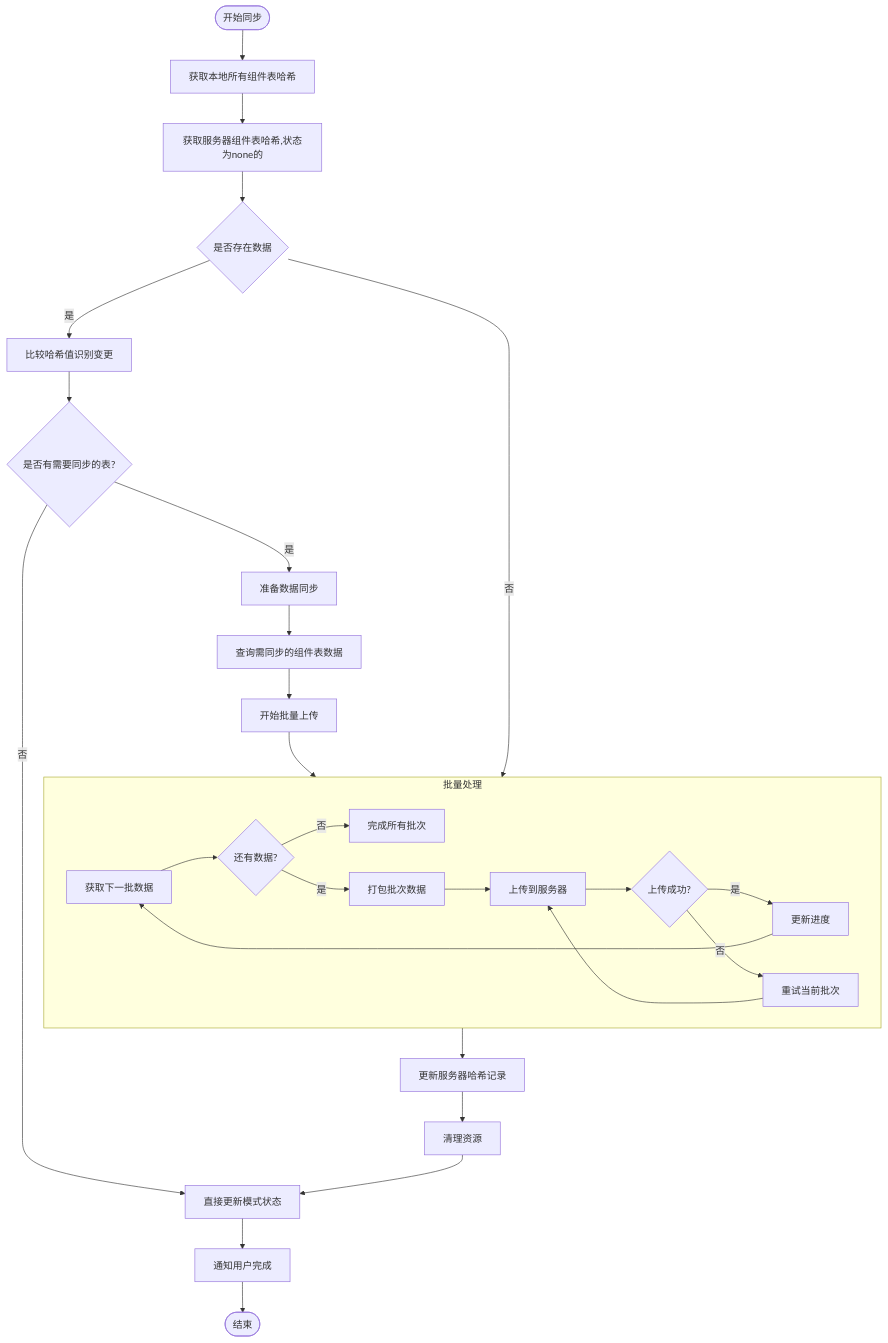
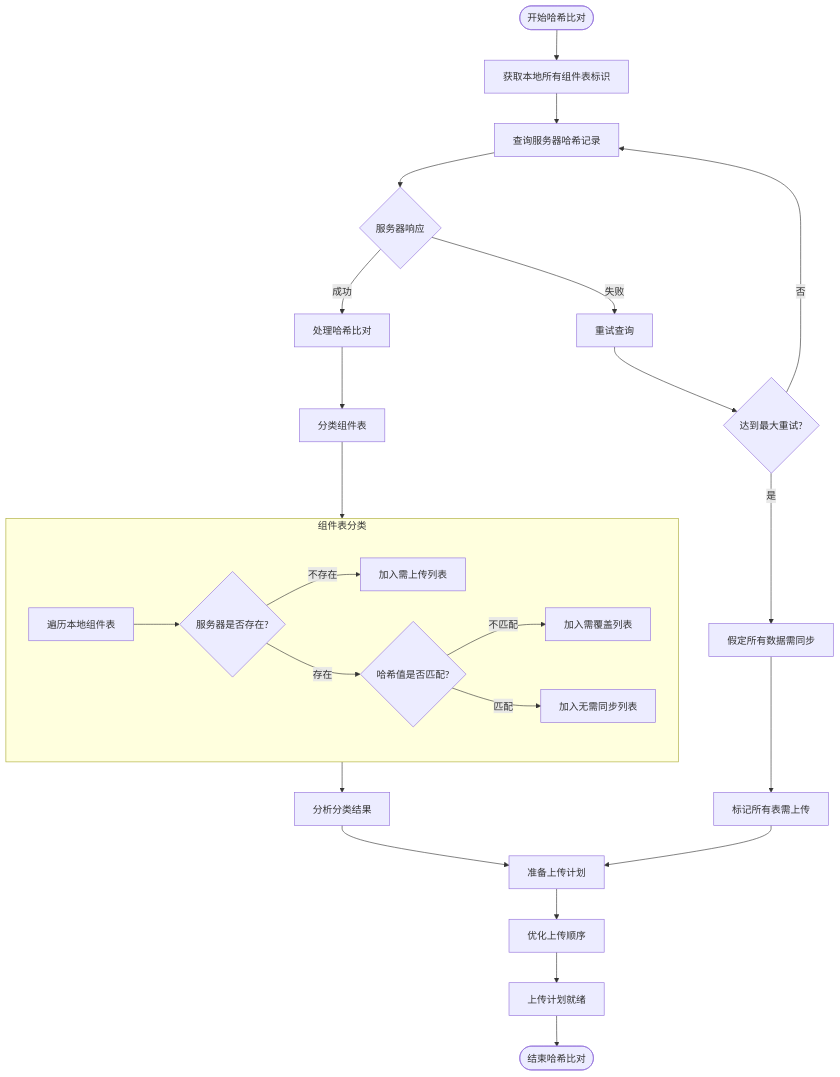
The diagram in all/未命名-51.md (yingjianzh/iodraw-files), drawn with Mermaid before and after one commit.

Commit message:
2025-05-08 17:17:32 update

````diff
--- a/all/未命名-51.md
+++ b/all/未命名-51.md
@@ -1,38 +1,35 @@
 ```mermaid
 flowchart TD
-    Start([开始同步]) --> FetchLocalHashes[获取本地所有组件表哈希]
-    FetchLocalHashes --> FetchServerHashes[获取服务器组件表哈希,状态为none的]
-    FetchServerHashes --> DataExist{是否存在数据} 
+    Start([开始哈希比对]) --> GetLocalTables[获取本地所有组件表标识]
+    GetLocalTables --> QueryServer[查询服务器哈希记录]
     
-
-    DataExist --> |是| CompareHashes[比较哈希值识别变更]
-    DataExist --> |否| BatchProcess
-
+    QueryServer --> ServerResponse{服务器响应}
+    ServerResponse -->|成功| ProcessHashComparison[处理哈希比对]
+    ServerResponse -->|失败| RetryServer[重试查询]
     
-    CompareHashes --> NeedSync{是否有需要同步的表?}
-    NeedSync -->|否| UpdateMode[直接更新模式状态]
-    NeedSync -->|是| PrepareSync[准备数据同步]
+    RetryServer --> MaxRetries{达到最大重试?}
+    MaxRetries -->|否| QueryServer
+    MaxRetries -->|是| AssumeAllNew[假定所有数据需同步]
     
-    PrepareSync --> QueryChangedData[查询需同步的组件表数据]
-    QueryChangedData --> BeginBatchUpload[开始批量上传]
+    ProcessHashComparison --> CategorizeResults[分类组件表]
     
-    subgraph BatchProcess [批量处理]
-        A[获取下一批数据] --> B{还有数据?}
-        B -->|否| ExitLoop[完成所有批次]
-        B -->|是| C[打包批次数据]
-        C --> D[上传到服务器]
-        D --> E{上传成功?}
-        E -->|是| F[更新进度]
-        E -->|否| G[重试当前批次]
-        G --> D
-        F --> A
+    subgraph Categorization [组件表分类]
+        C1[遍历本地组件表] --> C2{服务器是否存在?}
+        C2 -->|不存在| C3[加入需上传列表]
+        C2 -->|存在| C4{哈希值是否匹配?}
+        C4 -->|不匹配| C5[加入需覆盖列表]
+        C4 -->|匹配| C6[加入无需同步列表]
     end
     
-    BeginBatchUpload --> BatchProcess
-    BatchProcess --> UpdateHashes[更新服务器哈希记录]
-    UpdateHashes --> CleanupResources[清理资源]
-    CleanupResources --> UpdateMode
+    CategorizeResults --> Categorization
+    AssumeAllNew --> FlagAllForUpload[标记所有表需上传]
     
-    UpdateMode --> NotifyCompletion[通知用户完成]
-    NotifyCompletion --> End([结束])
+    Categorization --> AnalyzeResults[分析分类结果]
+    FlagAllForUpload --> PrepareUploadPlan[准备上传计划]
+    
+    AnalyzeResults --> PrepareUploadPlan
+    PrepareUploadPlan --> OptimizeOrder[优化上传顺序]
+    
+    OptimizeOrder --> PlanReady[上传计划就绪]
+    PlanReady --> End([结束哈希比对])
 ```
````
